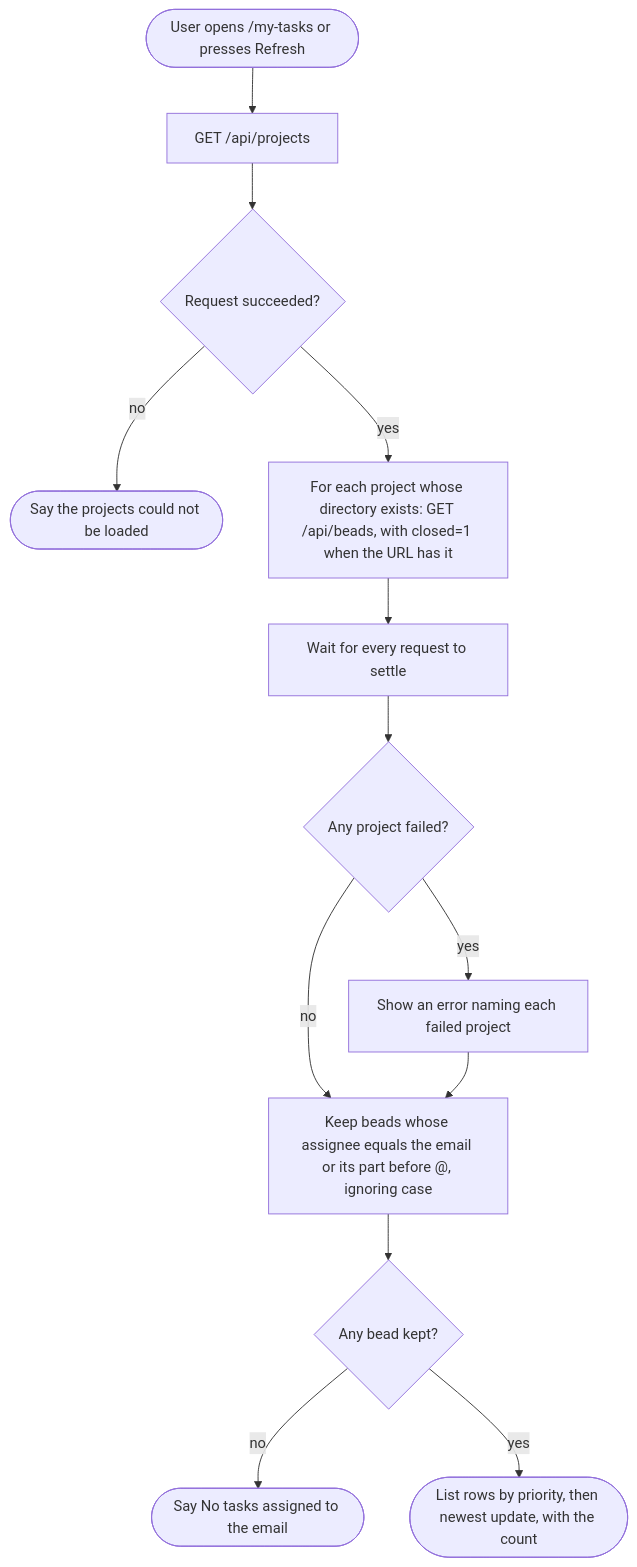
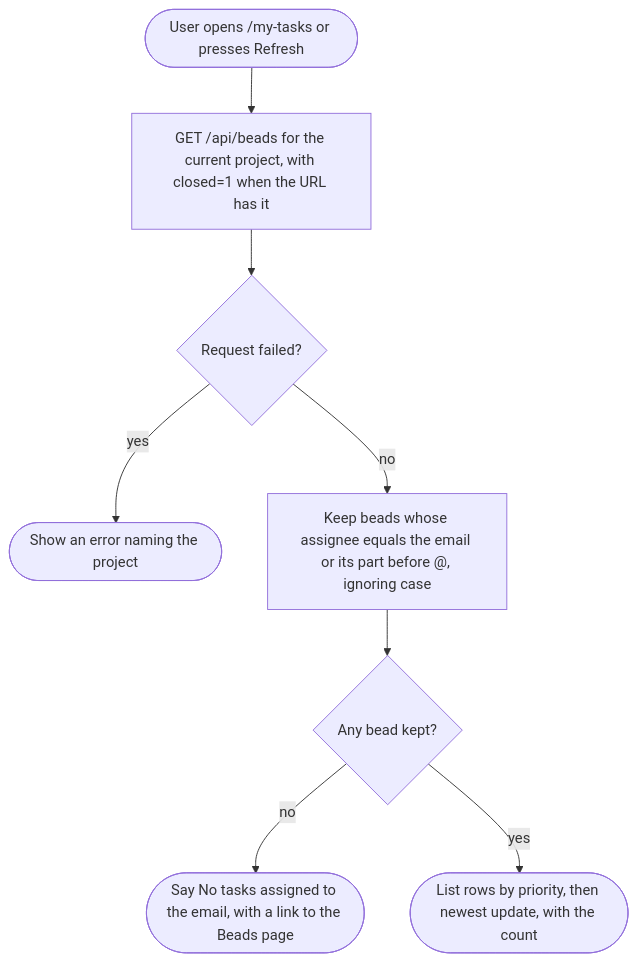
Before and after one commit to giangdhwhtbr/gin-console: the diagram in docs/specs/ui/diagrams/my-tasks-activity.md, drawn with Mermaid. The commit also changed other lines of this file and 16 other files, not shown here.

Commit message:
docs: no Projects page in README, roadmap and diagrams (gin-console-k4l)

````diff
--- a/docs/specs/ui/diagrams/my-tasks-activity.md
+++ b/docs/specs/ui/diagrams/my-tasks-activity.md
@@ -5,15 +5,10 @@
 ```mermaid
 flowchart TD
-  open([User opens /my-tasks or presses Refresh]) --> projects[GET /api/projects]
-  projects --> pok{Request succeeded?}
-  pok -- no --> perr([Say the projects could not be loaded])
-  pok -- yes --> each[For each project whose directory exists: GET /api/beads, with closed=1 when the URL has it]
-  each --> settled[Wait for every request to settle]
-  settled --> failed{Any project failed?}
-  failed -- yes --> alert[Show an error naming each failed project]
-  failed -- no --> match
-  alert --> match[Keep beads whose assignee equals the email or its part before @, ignoring case]
+  open([User opens /my-tasks or presses Refresh]) --> load[GET /api/beads for the current project, with closed=1 when the URL has it]
+  load --> failed{Request failed?}
+  failed -- yes --> alert([Show an error naming the project])
+  failed -- no --> match[Keep beads whose assignee equals the email or its part before @, ignoring case]
   match --> any{Any bead kept?}
-  any -- no --> empty([Say No tasks assigned to the email])
+  any -- no --> empty([Say No tasks assigned to the email, with a link to the Beads page])
   any -- yes --> list([List rows by priority, then newest update, with the count])
 ```
````
